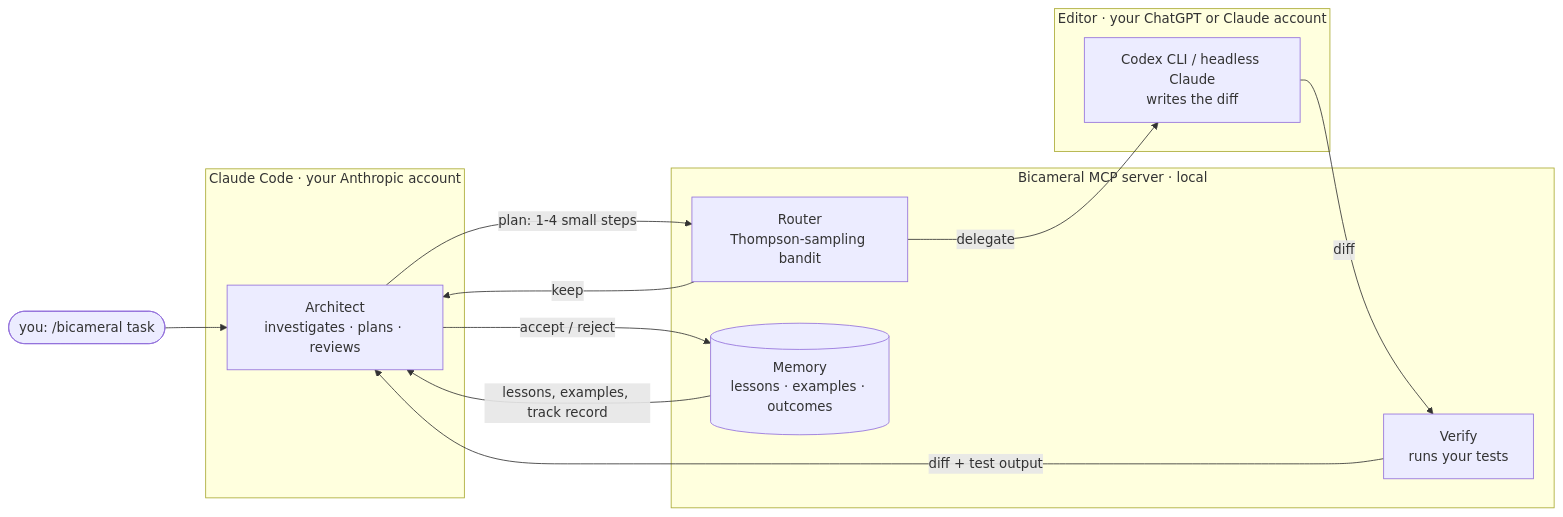
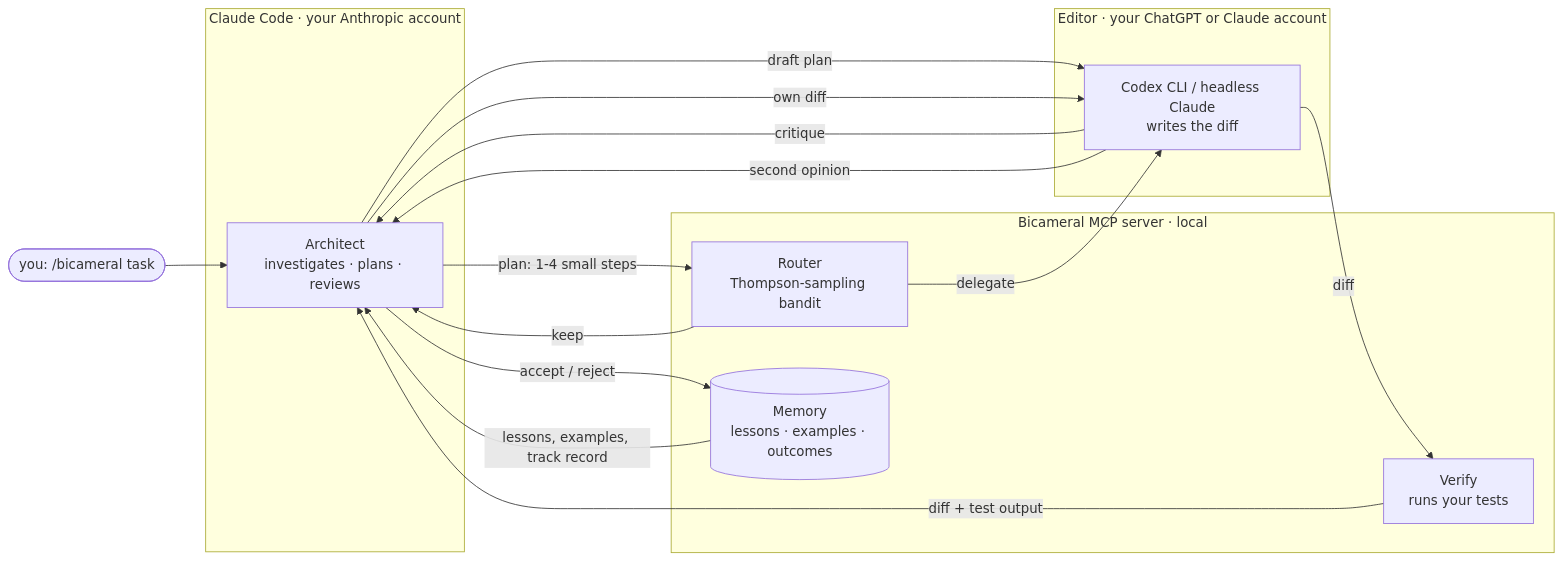
One commit to thugpint/Bicameral changed the diagram in README.md. Above: the diagram before and after it, drawn with Mermaid. The commit also changed other lines of this file and 15 other files, not shown here.

First line of the commit message:
Give the Editor a voice: plan critique, cross-review, concerns, pinned steps

````diff
--- a/README.md
+++ b/README.md
@@ -204,26 +206,30 @@
 ```mermaid
 flowchart LR
     U([you: /bicameral task]) --> A
 
     subgraph CC[Claude Code · your Anthropic account]
         A[Architect<br/>investigates · plans · reviews]
     end
 
     subgraph S[Bicameral MCP server · local]
         R[Router<br/>Thompson-sampling bandit]
         V[Verify<br/>runs your tests]
         M[(Memory<br/>lessons · examples · outcomes)]
     end
 
     subgraph ED[Editor · your ChatGPT or Claude account]
         E[Codex CLI / headless Claude<br/>writes the diff]
     end
 
+    A -- draft plan --> E
+    E -- critique --> A
     A -- plan: 1-4 small steps --> R
     R -- delegate --> E
     R -- keep --> A
     E -- diff --> V
+    A -- own diff --> E
+    E -- second opinion --> A
     V -- diff + test output --> A
     A -- accept / reject --> M
     M -- lessons, examples, track record --> A
 ```
````
